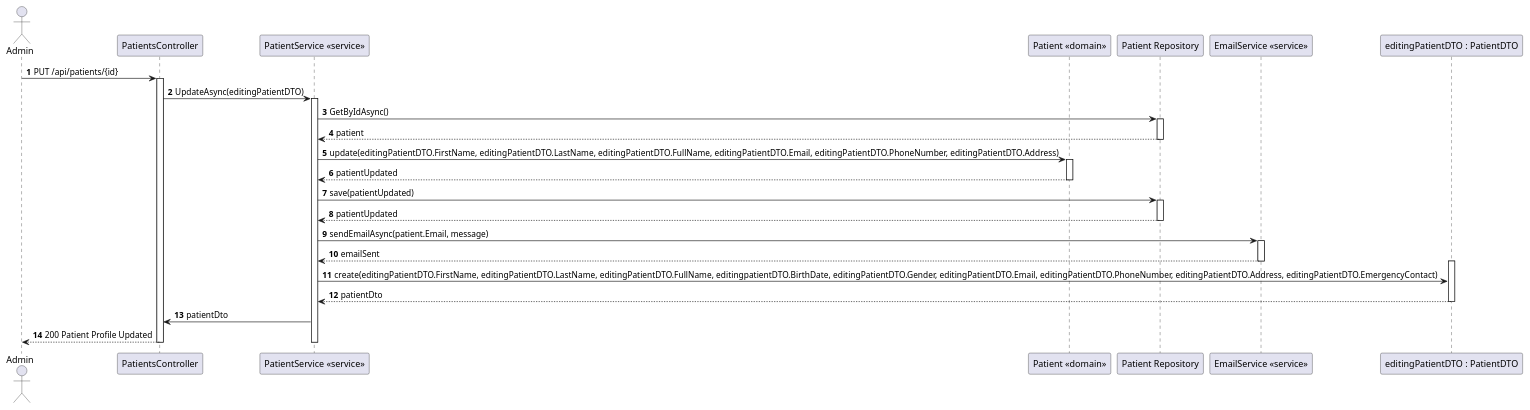
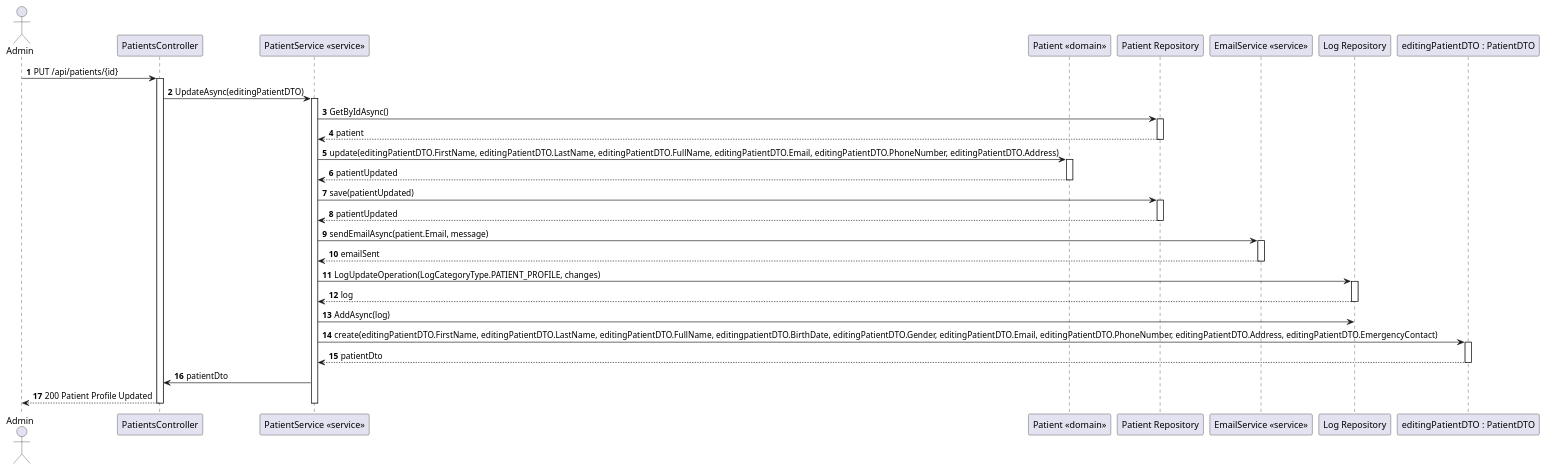
Before and after one commit to Lapr5G21/sem5pi-24-25-3ddg21: the diagram in docs/PatientProfileUpdate/views/level3/process-view2.puml, drawn with PlantUML. The commit also changed 7 other files, not shown here.

```diff
--- a/docs/PatientProfileUpdate/views/level3/process-view2.puml
+++ b/docs/PatientProfileUpdate/views/level3/process-view2.puml
@@ -1,55 +1,65 @@
 @startuml PatientProfileUpdate(level3-2)
 
 autonumber
 actor Admin as "Admin"
 participant CTRL as "PatientsController"
 participant SERVICE as "PatientService <<service>>"
 participant PATIENT as "Patient <<domain>>"
 participant REPO as "Patient Repository"
 participant EMAILSERVICE as "EmailService <<service>>"
+participant LOGREPO as "Log Repository"
 participant DTO as "editingPatientDTO : PatientDTO"
 
 Admin-> CTRL : PUT /api/patients/{id}
 activate CTRL
 
 CTRL -> SERVICE : UpdateAsync(editingPatientDTO)
 activate SERVICE
 
     SERVICE -> REPO : GetByIdAsync()
     activate REPO
 
     REPO --> SERVICE : patient
     deactivate REPO
     
     SERVICE -> PATIENT : update(editingPatientDTO.FirstName, editingPatientDTO.LastName, editingPatientDTO.FullName, editingPatientDTO.Email, editingPatientDTO.PhoneNumber, editingPatientDTO.Address)
     activate PATIENT
 
     PATIENT --> SERVICE : patientUpdated
     deactivate PATIENT
 
     SERVICE -> REPO : save(patientUpdated)
     activate REPO
 
     REPO --> SERVICE : patientUpdated
     deactivate REPO
 
     SERVICE -> EMAILSERVICE : sendEmailAsync(patient.Email, message)
     activate EMAILSERVICE
 
     EMAILSERVICE --> SERVICE : emailSent
     deactivate EMAILSERVICE
 
-    activate DTO
+    SERVICE -> LOGREPO : LogUpdateOperation(LogCategoryType.PATIENT_PROFILE, changes)
+    activate LOGREPO
+
+    LOGREPO --> SERVICE : log
+    deactivate LOGREPO
+
+
+    SERVICE -> LOGREPO : AddAsync(log)
+    deactivate LOGREPO
     
     SERVICE -> DTO : create(editingPatientDTO.FirstName, editingPatientDTO.LastName, editingPatientDTO.FullName, editingpatientDTO.BirthDate, editingPatientDTO.Gender, editingPatientDTO.Email, editingPatientDTO.PhoneNumber, editingPatientDTO.Address, editingPatientDTO.EmergencyContact)
-    
+    activate DTO
+
     DTO --> SERVICE : patientDto
     deactivate DTO
 
     SERVICE -> CTRL : patientDto
     
     CTRL --> Admin : 200 Patient Profile Updated
 
 deactivate SERVICE
 deactivate CTRL
 @enduml
```
